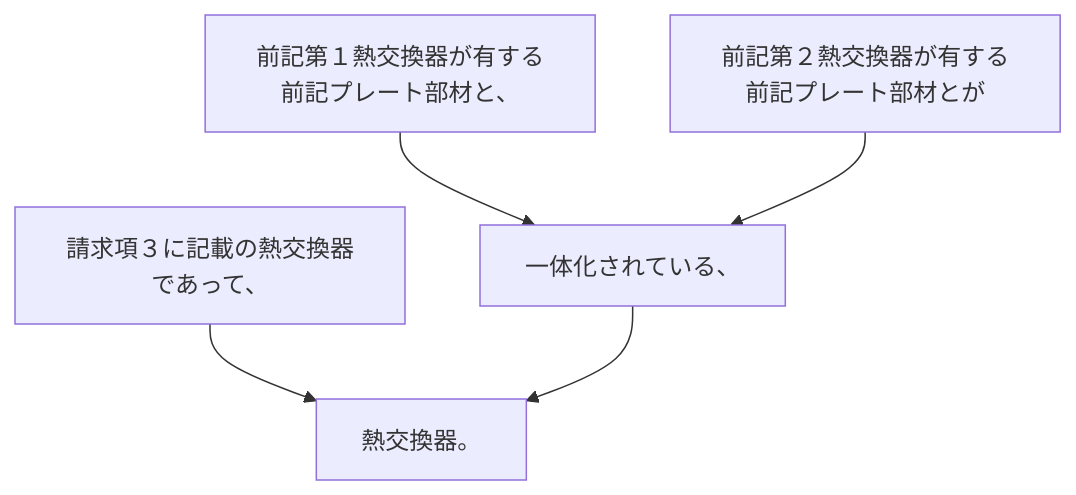
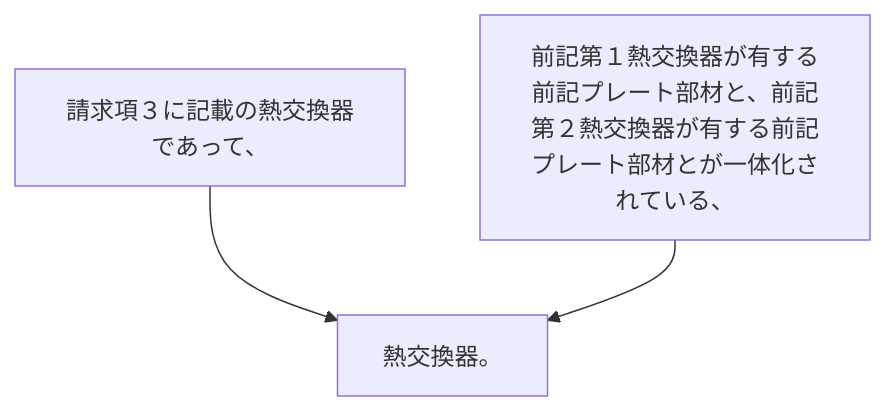
Before and after one commit to shinmori55/patent_analyzed: the diagram in 2024/JP2024007944A/claim_8/claim_8_graph.md, drawn with Mermaid. The commit also changed 3332 other files, not shown here.

````diff
--- a/2024/JP2024007944A/claim_8/claim_8_graph.md
+++ b/2024/JP2024007944A/claim_8/claim_8_graph.md
@@ -1,12 +1,8 @@
 ```mermaid
 flowchart TD
 A[請求項３に記載の熱交換器であって、]
-B[前記第１熱交換器が有する前記プレート部材と、]
-C[前記第２熱交換器が有する前記プレート部材とが]
-D[一体化されている、]
-E[熱交換器。]
-A --> E
-B --> D
-C --> D
-D --> E
+B[前記第１熱交換器が有する前記プレート部材と、前記第２熱交換器が有する前記プレート部材とが一体化されている、]
+C[熱交換器。]
+A --> C
+B --> C
 ```
````
